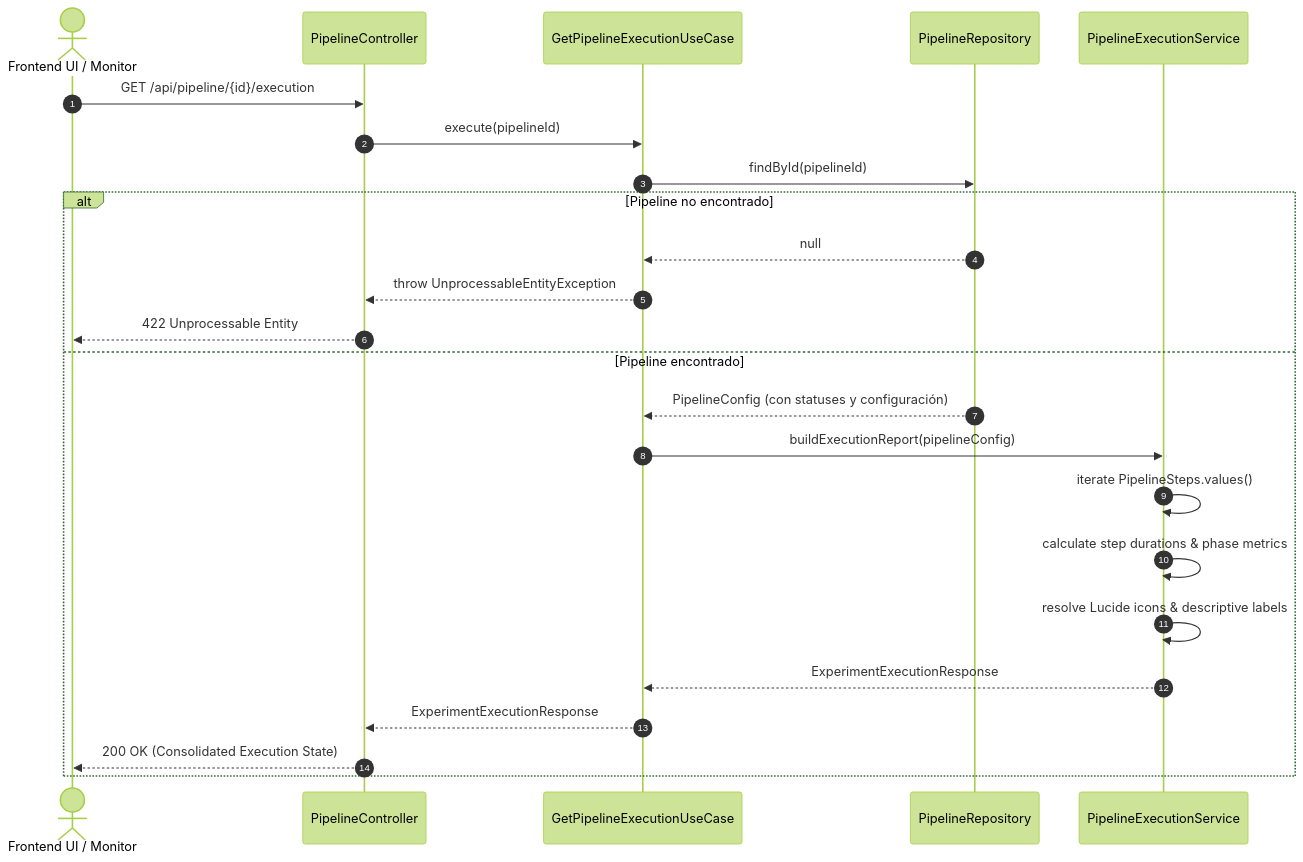
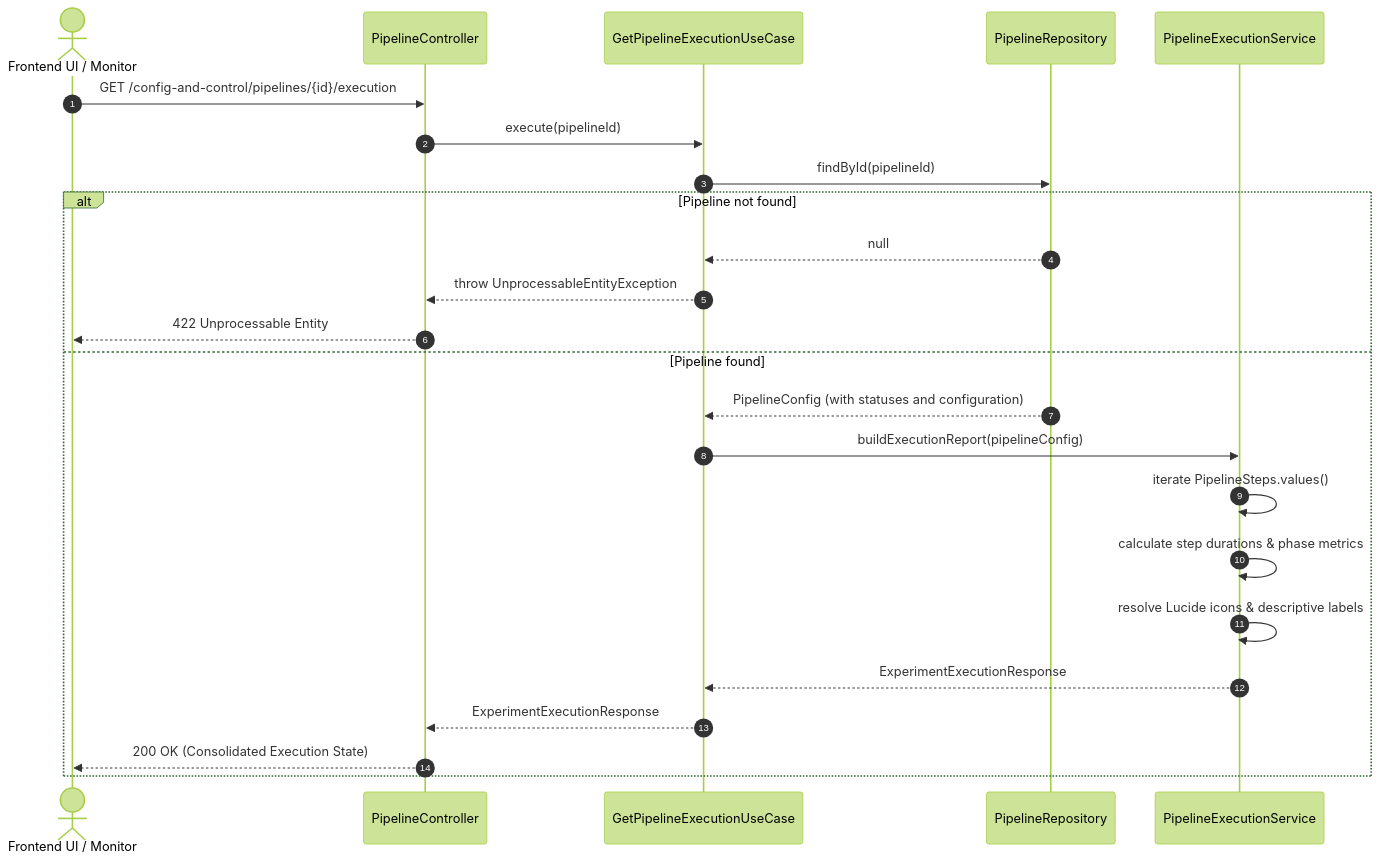
The diagram in .agents/use_cases/GetPipelineExecutionUseCase.md (Biopatternsg-ms/config-and-control), drawn with Mermaid (forest theme) before and after one commit. The commit also changed other lines of this file and 16 other files, not shown here.

````diff
--- a/.agents/use_cases/GetPipelineExecutionUseCase.md
+++ b/.agents/use_cases/GetPipelineExecutionUseCase.md
@@ -27,27 +27,27 @@
 ```mermaid
 sequenceDiagram
     autonumber
     actor Frontend as Frontend UI / Monitor
     participant Controller as PipelineController
     participant UseCase as GetPipelineExecutionUseCase
     participant Repo as PipelineRepository
     participant Service as PipelineExecutionService
 
-    Frontend->>Controller: GET /api/pipeline/{id}/execution
+    Frontend->>Controller: GET /config-and-control/pipelines/{id}/execution
     Controller->>UseCase: execute(pipelineId)
     UseCase->>Repo: findById(pipelineId)
-    alt Pipeline no encontrado
+    alt Pipeline not found
         Repo-->>UseCase: null
         UseCase-->>Controller: throw UnprocessableEntityException
         Controller-->>Frontend: 422 Unprocessable Entity
-    else Pipeline encontrado
-        Repo-->>UseCase: PipelineConfig (con statuses y configuración)
+    else Pipeline found
+        Repo-->>UseCase: PipelineConfig (with statuses and configuration)
         UseCase->>Service: buildExecutionReport(pipelineConfig)
         Service->>Service: iterate PipelineSteps.values()
         Service->>Service: calculate step durations & phase metrics
         Service->>Service: resolve Lucide icons & descriptive labels
         Service-->>UseCase: ExperimentExecutionResponse
         UseCase-->>Controller: ExperimentExecutionResponse
         Controller-->>Frontend: 200 OK (Consolidated Execution State)
     end
 ```
````
